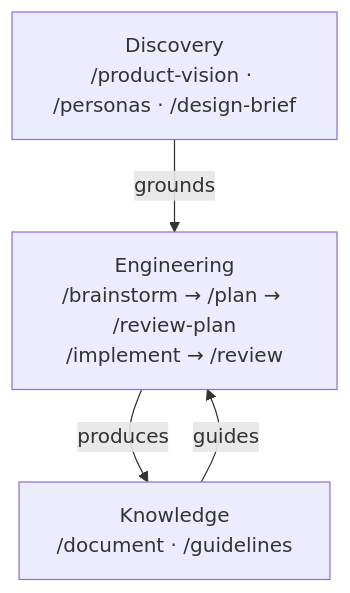
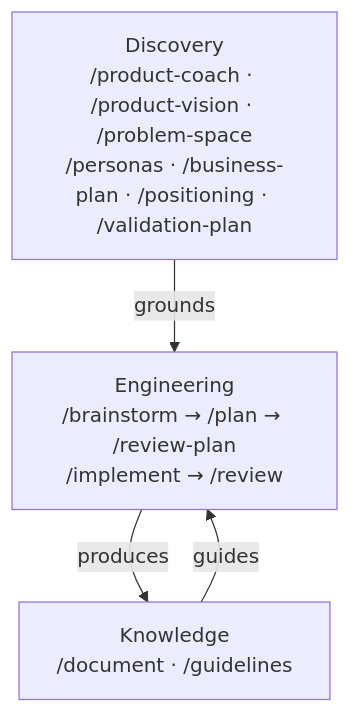
One commit to bofrese/dot.claude changed the diagram in README.md. Above: the diagram before and after it, drawn with Mermaid. The commit also changed other lines of this file and 10 other files, not shown here.

Commit message:
Refactor business model, go-to-market, and positioning strategy documents for clarity and conciseness; streamline key concepts and enhance readability.

````diff
--- a/README.md
+++ b/README.md
@@ -103,10 +106,10 @@
 ```mermaid
 graph TD
-    D["Discovery<br/>/product-vision · /personas · /design-brief"]
+    D["Discovery<br/>/product-coach · /product-vision · /problem-space<br/>/personas · /business-plan · /positioning · /validation-plan"]
     E["Engineering<br/>/brainstorm → /plan → /review-plan<br/>/implement → /review"]
     K["Knowledge<br/>/document · /guidelines"]
 
     D -->|grounds| E
     E -->|produces| K
     K -->|guides| E
 ```
````
